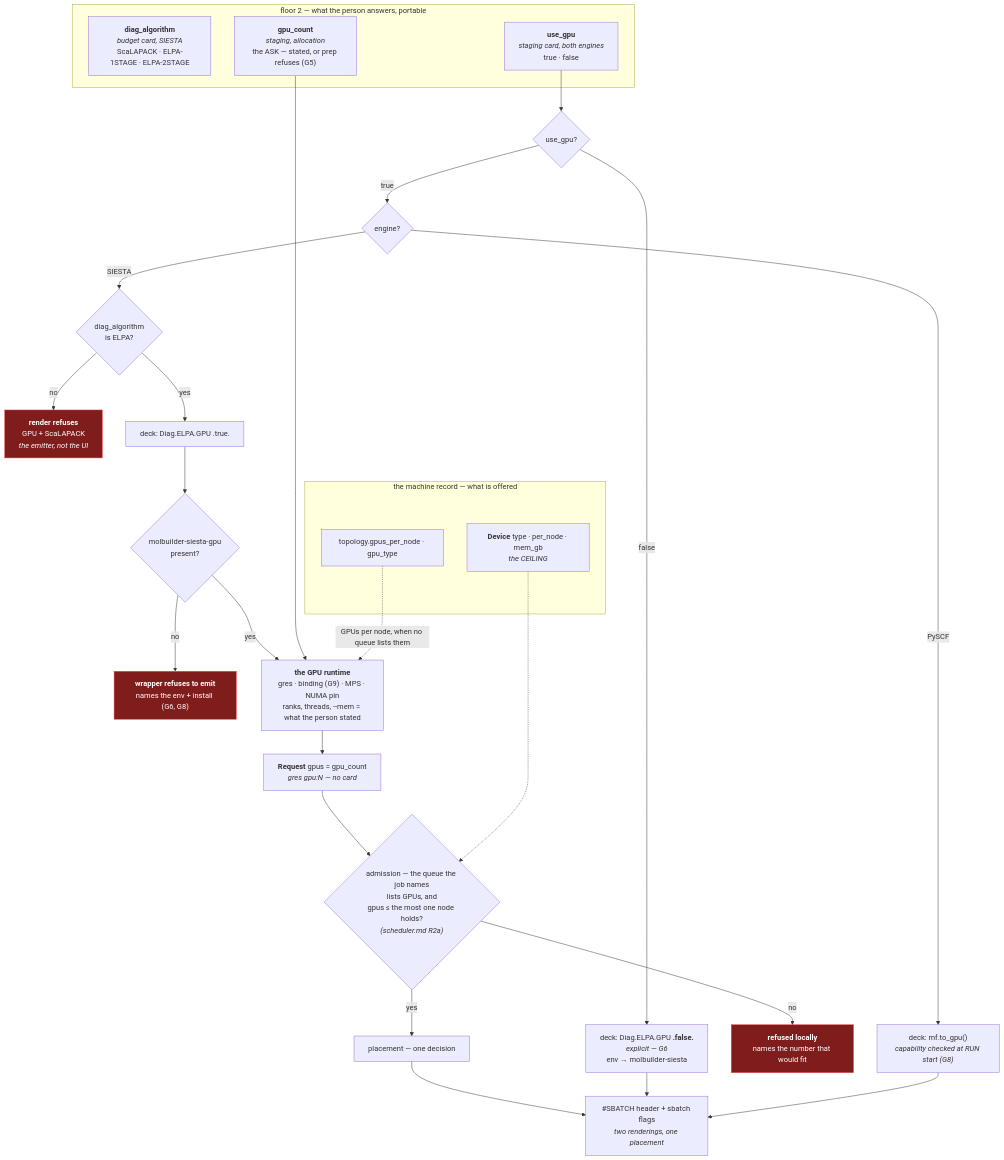
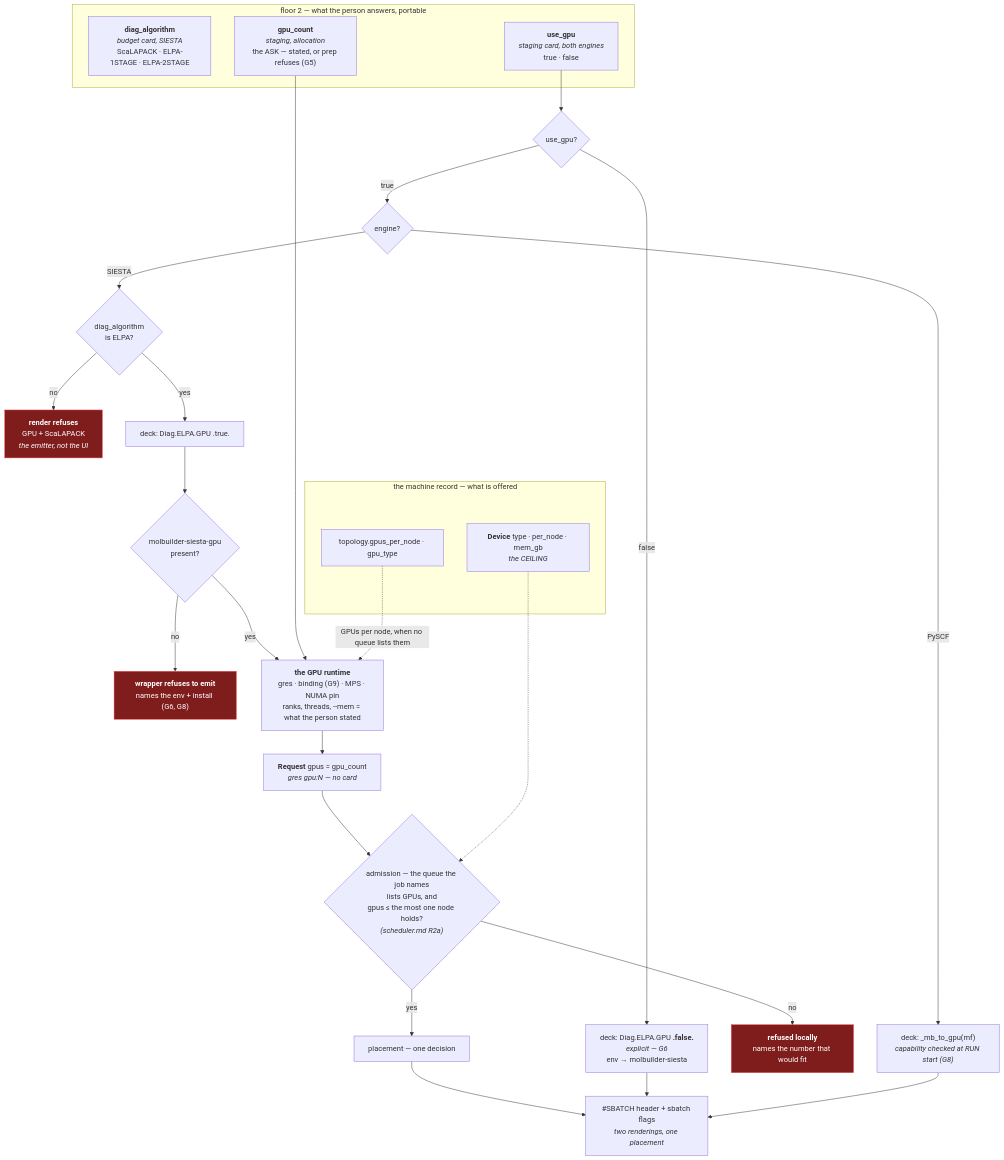
Before and after one commit to Qing-LAB/molbuilder: the diagram in docs/execution/gpu.md, drawn with Mermaid. The commit also changed other lines of this file and 11 other files, not shown here.

````diff
--- a/docs/execution/gpu.md
+++ b/docs/execution/gpu.md
@@ -214,42 +214,42 @@
 ```mermaid
 flowchart TB
     subgraph ASK["floor 2 — what the person answers, portable"]
         SOLVER["<b>diag_algorithm</b><br/><i>budget card, SIESTA</i><br/>ScaLAPACK · ELPA-1STAGE · ELPA-2STAGE"]
         WANT["<b>use_gpu</b><br/><i>staging card, both engines</i><br/>true · false"]
         COUNT["<b>gpu_count</b><br/><i>staging, allocation</i><br/>the ASK — stated, or prep refuses (G5)"]
     end
 
     subgraph MACH["the machine record — what is offered"]
         DEV["<b>Device</b> type · per_node · mem_gb<br/><i>the CEILING</i>"]
         TOPO["topology.gpus_per_node · gpu_type"]
     end
 
     WANT --> Q1{"use_gpu?"}
     Q1 -->|false| CPU["deck: Diag.ELPA.GPU <b>.false.</b><br/><i>explicit — G6</i><br/>env → molbuilder-siesta"]
     Q1 -->|true| Q2{"engine?"}
 
     Q2 -->|SIESTA| Q3{"diag_algorithm<br/>is ELPA?"}
     Q3 -->|no| REFUSE1["<b>render refuses</b><br/>GPU + ScaLAPACK<br/><i>the emitter, not the UI</i>"]
     Q3 -->|yes| DECK["deck: Diag.ELPA.GPU .true."]
-    Q2 -->|PySCF| PYDECK["deck: mf.to_gpu()<br/><i>capability checked at RUN start (G8)</i>"]
+    Q2 -->|PySCF| PYDECK["deck: _mb_to_gpu(mf)<br/><i>capability checked at RUN start (G8)</i>"]
 
     DECK --> ENV{"molbuilder-siesta-gpu<br/>present?"}
     ENV -->|no| REFUSE2["<b>wrapper refuses to emit</b><br/>names the env + install (G6, G8)"]
     ENV -->|yes| RT["<b>the GPU runtime</b><br/>gres · binding (G9) · MPS · NUMA pin<br/>ranks, threads, --mem = what the person stated"]
 
     COUNT --> RT
     TOPO -.->|"GPUs per node, when no queue lists them"| RT
     RT --> REQ["<b>Request</b> gpus = gpu_count<br/><i>gres gpu:N — no card</i>"]
 
     REQ --> ADMIT{"admission — the queue the job names<br/>lists GPUs, and<br/>gpus ≤ the most one node holds?<br/><i>(scheduler.md R2a)</i>"}
     DEV -.-> ADMIT
     ADMIT -->|no| REFUSE3["<b>refused locally</b><br/>names the number that would fit"]
     ADMIT -->|yes| PLACE["placement — one decision"]
     PLACE --> OUT["#SBATCH header + sbatch flags<br/><i>two renderings, one placement</i>"]
 
     CPU --> OUT
     PYDECK --> OUT
 
     classDef refuse fill:#7f1d1d,stroke:#ef4444,color:#fff
     class REFUSE1,REFUSE2,REFUSE3 refuse
 ```
````
